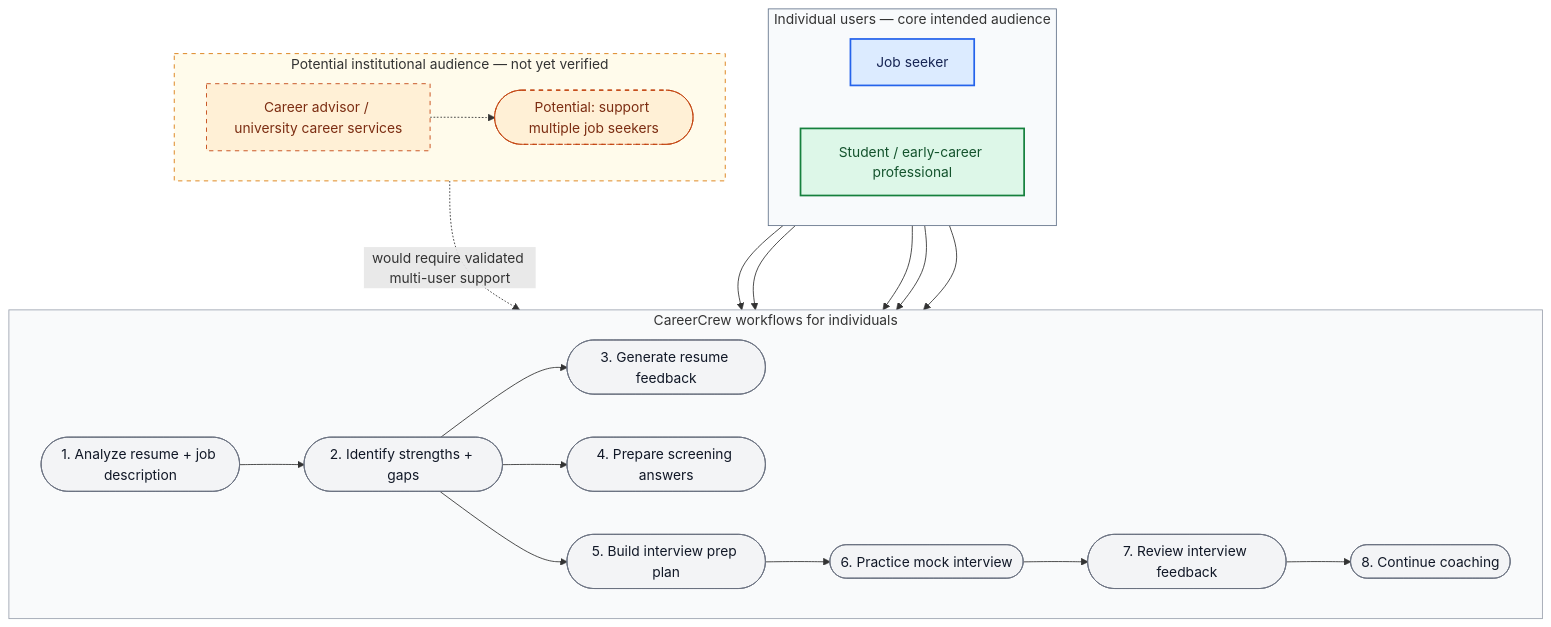
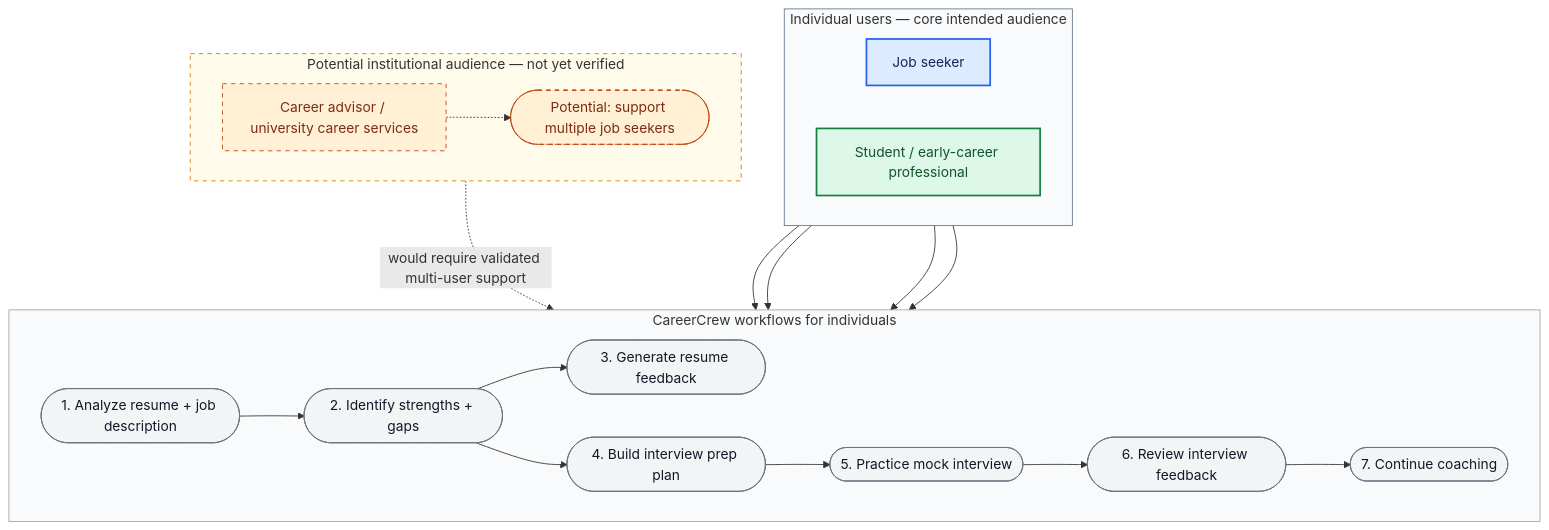
One commit to helenapedro/careercrew changed the first of 6 diagrams in docs/engineering/use-cases-and-user-stories.md. Above: the diagram before and after it, drawn with Mermaid. The commit also changed other lines of this file and 53 other files, not shown here.

````diff
--- a/docs/engineering/use-cases-and-user-stories.md
+++ b/docs/engineering/use-cases-and-user-stories.md
@@ -7,50 +7,47 @@
 ```mermaid
 flowchart TB
     subgraph IND["Individual users — core intended audience"]
         direction LR
         JS["Job seeker"]
         EC["Student / early-career professional"]
     end
 
     subgraph SELF["CareerCrew workflows for individuals"]
         direction LR
         U1(["1. Analyze resume + job description"])
         U2(["2. Identify strengths + gaps"])
         U3(["3. Generate resume feedback"])
-        U4(["4. Prepare screening answers"])
-        U5(["5. Build interview prep plan"])
-        U6(["6. Practice mock interview"])
-        U7(["7. Review interview feedback"])
-        U8(["8. Continue coaching"])
+        U5(["4. Build interview prep plan"])
+        U6(["5. Practice mock interview"])
+        U7(["6. Review interview feedback"])
+        U8(["7. Continue coaching"])
         U1 --> U2 --> U3
-        U2 --> U4
         U2 --> U5 --> U6 --> U7 --> U8
     end
 
     JS --> U1
-    JS --> U4
     EC --> U1
     EC --> U5
     EC --> U6
 
     subgraph INST["Potential institutional audience — not yet verified"]
         direction LR
         CA["Career advisor / university career services"]
         U9(["Potential: support multiple job seekers"])
         CA -.-> U9
         U9 -. "would require validated multi-user support" .-> U1
     end
 
     classDef jobseeker fill:#DCEBFF,stroke:#2563EB,color:#172554,stroke-width:2px;
     classDef earlycareer fill:#DDF7E8,stroke:#15803D,color:#14532D,stroke-width:2px;
     classDef workflow fill:#F3F4F6,stroke:#6B7280,color:#111827;
     classDef future fill:#FFF0D6,stroke:#C2410C,color:#7C2D12,stroke-dasharray: 5 5;
 
     class JS jobseeker;
     class EC earlycareer;
-    class U1,U2,U3,U4,U5,U6,U7,U8 workflow;
+    class U1,U2,U3,U5,U6,U7,U8 workflow;
     class CA,U9 future;
     style IND fill:#F8FAFC,stroke:#64748B,stroke-width:1px
     style SELF fill:#F9FAFB,stroke:#9CA3AF,stroke-width:1px
     style INST fill:#FFFBEB,stroke:#D97706,stroke-dasharray: 5 5
 ```
````
